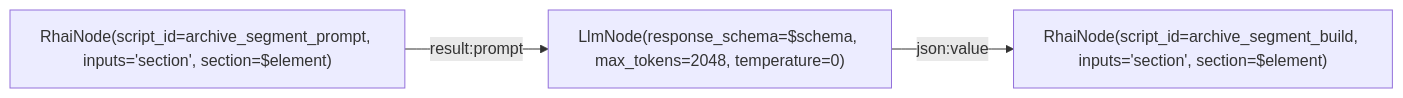
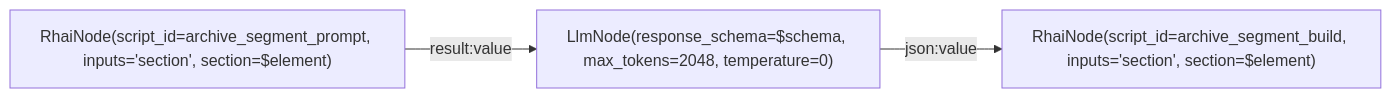
One commit to L-Defraiteur/rag3db changed the diagram in extension/rag3weaver/templates/backends/memory/graphs/archive_segment.mmd. Above: the diagram before and after it, drawn with Mermaid. The commit also changed 3 other files, not shown here.

Commit message:
fix(rag3weaver): segment — when et flatten parmi les clés du ForEachNode, LlmNode admis dans un outil sous call_models, le prompt reste Text et une entrée value (Map) porte le texte d'un RhaiNode

```diff
--- a/extension/rag3weaver/templates/backends/memory/graphs/archive_segment.mmd
+++ b/extension/rag3weaver/templates/backends/memory/graphs/archive_segment.mmd
@@ -1,12 +1,12 @@
 %% tool: archive_segment
 %% description: Découpe une section longue en sujets (archive, param segment_over) : ses paragraphes numérotés vont au modèle, qui rend ses sujets sous un schéma ({sujets: [{titre, de, a}]}) ; chaque sujet devient une sous-section de titre « <titre> §de-a » et de texte ses paragraphes. Un modèle qui ne rend pas ce JSON fait échouer l’envoi en nommant response_schema : rien n’est deviné. Aucun sujet rendu : la section reste entière.
 %% param: element json! -- La section longue.
 %% param: schema json = {"type": "object", "properties": {"sujets": {"type": "array", "items": {"type": "object", "properties": {"titre": {"type": "string"}, "de": {"type": "integer"}, "a": {"type": "integer"}}, "required": ["titre", "de", "a"], "additionalProperties": false}}}, "required": ["sujets"], "additionalProperties": false} -- La forme de la réponse du modèle.
 %% result: construire.result
 
 graph LR
     preparer["RhaiNode(script_id=archive_segment_prompt, inputs='section', section=$element)"]
     modele["LlmNode(response_schema=$schema, max_tokens=2048, temperature=0)"]
     construire["RhaiNode(script_id=archive_segment_build, inputs='section', section=$element)"]
-    preparer -->|result:prompt| modele
+    preparer -->|result:value| modele
     modele -->|json:value| construire
```
